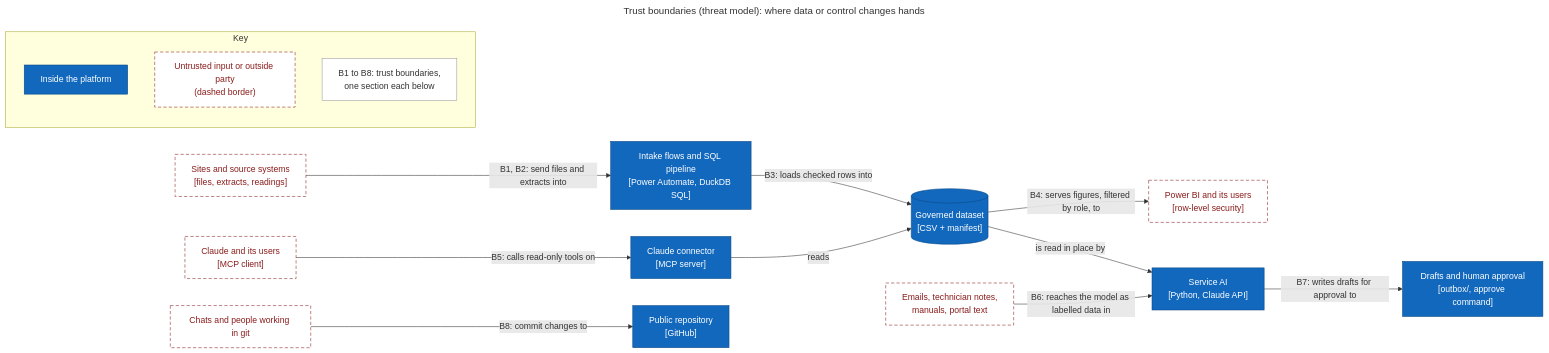
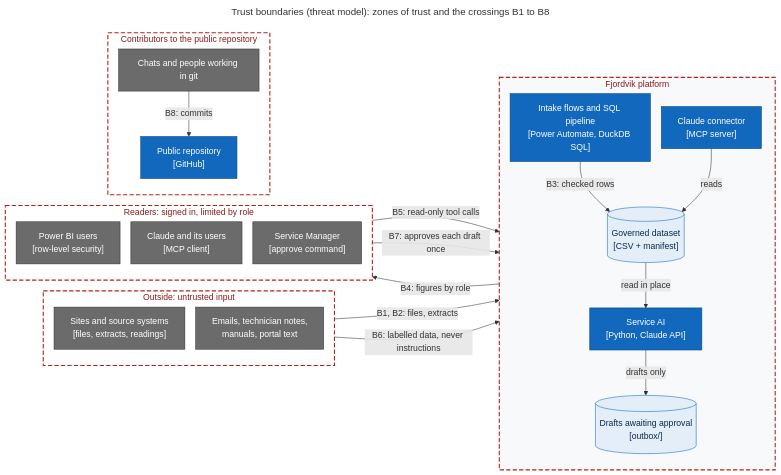
One commit to voneeci/fjordvik changed the diagram in docs/threat-model.md. Above: the diagram before and after it, drawn with Mermaid. The commit also changed other lines of this file and 5 other files, not shown here.

First line of the commit message:
docs: concepts and methods, plant data flow, business names on drawings

````diff
--- a/docs/threat-model.md
+++ b/docs/threat-model.md
@@ -22,35 +22,56 @@
 ```mermaid
 ---
-title: "Trust boundaries (threat model): where data or control changes hands"
+config:
+  flowchart:
+    nodeSpacing: 20
+    rankSpacing: 35
+title: "Trust boundaries (threat model): zones of trust and the crossings B1 to B8"
 ---
 flowchart LR
-    classDef internal fill:#1168bd,color:#ffffff,stroke:#0b4884
-    classDef untrusted fill:#ffffff,color:#8a1c1c,stroke:#8a1c1c,stroke-dasharray:6 4
-    classDef note fill:#ffffff,color:#333333,stroke:#999999
-    subgraph KEY["Key"]
+    accTitle: Trust boundaries of the Fjordvik platform
+    accDescr: Four zones, each enclosed by a dashed red trust boundary: outside sources of untrusted input, the Fjordvik platform, signed-in readers limited by role, and the people and chats who change the public repository. Lines crossing a zone edge are the boundaries B1 to B8: files and extracts into intake, checked rows into the dataset, figures out to Power BI users, Claude's tool calls into the connector, untrusted text into the service AI, the human approval of drafts, and commits to the repository.
+    classDef inside fill:#1168bd,color:#ffffff,stroke:#0b4884
+    classDef store fill:#e3eef9,color:#0b2a4a,stroke:#1168bd
+    classDef party fill:#6b6b6b,color:#ffffff,stroke:#333333
+
+    subgraph OUTSIDE["Outside: untrusted input"]
         direction TB
-        KI["Inside the platform"]:::internal
-        KU["Untrusted input or outside party<br/>(dashed border)"]:::untrusted
-        KN["B1 to B8: trust boundaries,<br/>one section each below"]:::note
+        S["Sites and source systems<br/>[files, extracts, readings]"]:::party
+        TXT["Emails, technician notes,<br/>manuals, portal text"]:::party
     end
-    S["Sites and source systems<br/>[files, extracts, readings]"]:::untrusted
-    IN["Intake flows and SQL pipeline<br/>[Power Automate, DuckDB SQL]"]:::internal
-    DS[("Governed dataset<br/>[CSV + manifest]")]:::internal
-    PBI["Power BI and its users<br/>[row-level security]"]:::untrusted
-    MCP["Claude connector<br/>[MCP server]"]:::internal
-    CL["Claude and its users<br/>[MCP client]"]:::untrusted
-    SAI["Service AI<br/>[Python, Claude API]"]:::internal
-    TXT["Emails, technician notes,<br/>manuals, portal text"]:::untrusted
-    OUT["Drafts and human approval<br/>[outbox/, approve command]"]:::internal
-    DEV["Chats and people working in git"]:::untrusted
-    REPO["Public repository<br/>[GitHub]"]:::internal
-    S -->|"B1, B2: send files and extracts into"| IN
-    IN -->|"B3: loads checked rows into"| DS
-    DS -->|"B4: serves figures, filtered by role, to"| PBI
-    CL -->|"B5: calls read-only tools on"| MCP
+    subgraph PLATFORM["Fjordvik platform"]
+        direction TB
+        IN["Intake flows and SQL pipeline<br/>[Power Automate, DuckDB SQL]"]:::inside
+        DS[("Governed dataset<br/>[CSV + manifest]")]:::store
+        MCP["Claude connector<br/>[MCP server]"]:::inside
+        SAI["Service AI<br/>[Python, Claude API]"]:::inside
+        DRAFT[("Drafts awaiting approval<br/>[outbox/]")]:::store
+    end
+    subgraph READERS["Readers: signed in, limited by role"]
+        direction TB
+        PBI["Power BI users<br/>[row-level security]"]:::party
+        CL["Claude and its users<br/>[MCP client]"]:::party
+        APPR["Service Manager<br/>[approve command]"]:::party
+    end
+    subgraph CONTRIB["Contributors to the public repository"]
+        direction TB
+        PPL["Chats and people working in git"]:::party
+        REPO["Public repository<br/>[GitHub]"]:::inside
+    end
+
+    S -->|"B1, B2: files, extracts"| IN
+    IN -->|"B3: checked rows"| DS
+    DS -->|"B4: figures by role"| PBI
+    CL -->|"B5: read-only tool calls"| MCP
     MCP -->|"reads"| DS
-    DS -->|"is read in place by"| SAI
-    TXT -->|"B6: reaches the model as labelled data in"| SAI
-    SAI -->|"B7: writes drafts for approval to"| OUT
-    DEV -->|"B8: commit changes to"| REPO
+    DS -->|"read in place"| SAI
+    TXT -->|"B6: labelled data, never instructions"| SAI
+    SAI -->|"drafts only"| DRAFT
+    APPR -->|"B7: approves each draft once"| DRAFT
+    PPL -->|"B8: commits"| REPO
+
+    style OUTSIDE fill:#ffffff,stroke:#b42318,stroke-width:2px,stroke-dasharray:8 4,color:#8a1c1c
+    style PLATFORM fill:#f7f9fb,stroke:#b42318,stroke-width:2px,stroke-dasharray:8 4,color:#8a1c1c
+    style READERS fill:#ffffff,stroke:#b42318,stroke-width:2px,stroke-dasharray:8 4,color:#8a1c1c
+    style CONTRIB fill:#ffffff,stroke:#b42318,stroke-width:2px,stroke-dasharray:8 4,color:#8a1c1c
 ```
````
